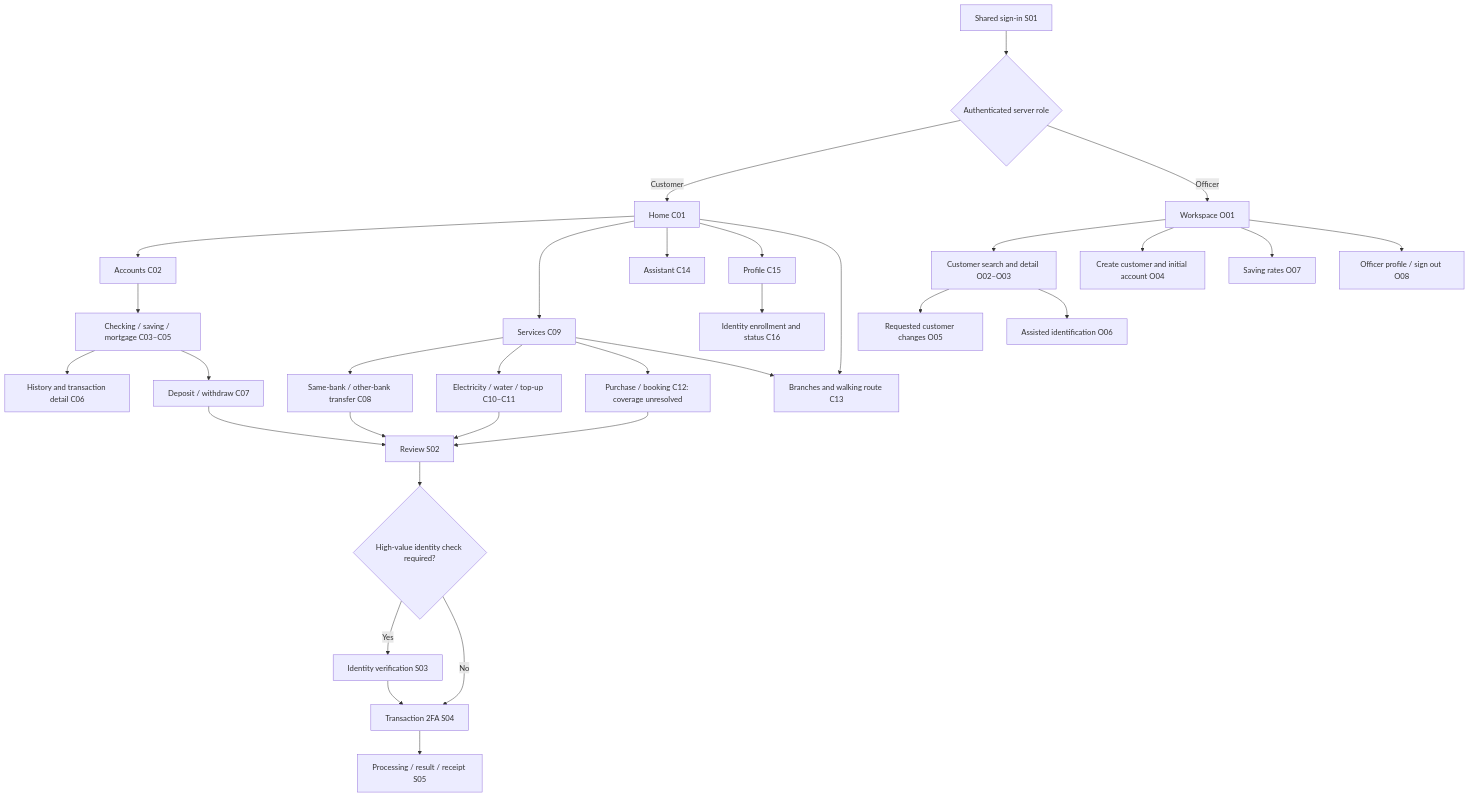
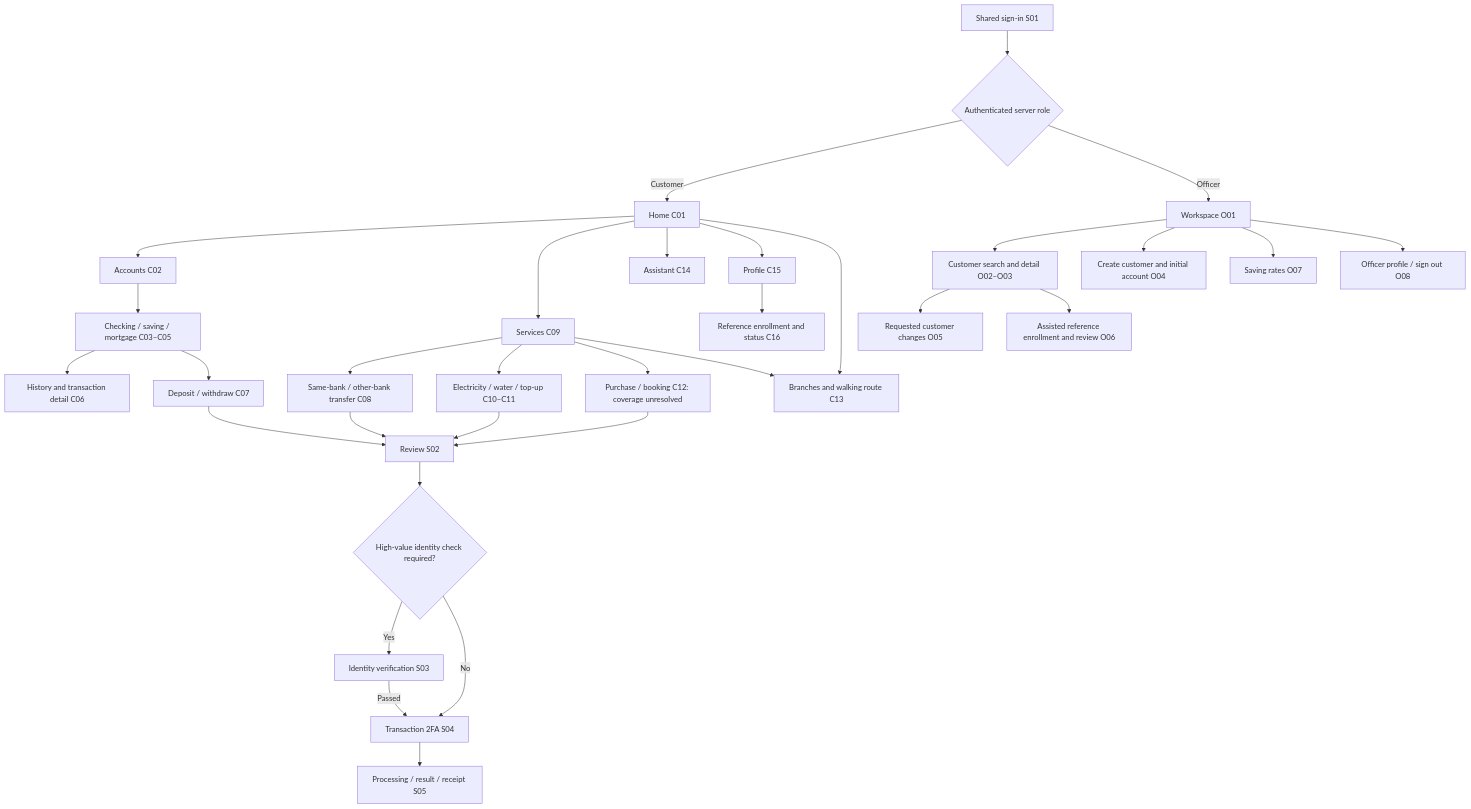
Before and after one commit to tamir39/nene: the diagram in docs/SCREEN_MAP.md, drawn with Mermaid. The commit also changed other lines of this file and 7 other files, not shown here.

Commit message:
docs: simplify identity enrollment and defer provider selection

````diff
--- a/docs/SCREEN_MAP.md
+++ b/docs/SCREEN_MAP.md
@@ -11,34 +11,34 @@
 ```mermaid
 flowchart TD
     Login[Shared sign-in S01] --> Role{Authenticated server role}
     Role -->|Customer| Home[Home C01]
     Role -->|Officer| Work[Workspace O01]
     Home --> Accounts[Accounts C02]
     Home --> Services[Services C09]
     Home --> Chat[Assistant C14]
     Home --> Profile[Profile C15]
     Home --> Branches[Branches and walking route C13]
     Accounts --> Detail[Checking / saving / mortgage C03–C05]
     Detail --> History[History and transaction detail C06]
     Detail --> Move[Deposit / withdraw C07]
     Services --> Transfer[Same-bank / other-bank transfer C08]
     Services --> Bills[Electricity / water / top-up C10–C11]
     Services --> Purchase[Purchase / booking C12: coverage unresolved]
     Services --> Branches
-    Profile --> Identity[Identity enrollment and status C16]
+    Profile --> Identity[Reference enrollment and status C16]
     Move --> Review[Review S02]
     Transfer --> Review
     Bills --> Review
     Purchase --> Review
     Review --> High{High-value identity check required?}
     High -->|Yes| Verify[Identity verification S03]
     High -->|No| Factor[Transaction 2FA S04]
-    Verify --> Factor
+    Verify -->|Passed| Factor
     Factor --> Result[Processing / result / receipt S05]
     Work --> Customers[Customer search and detail O02–O03]
     Work --> Create[Create customer and initial account O04]
     Customers --> Edit[Requested customer changes O05]
-    Customers --> Assist[Assisted identification O06]
+    Customers --> Assist[Assisted reference enrollment and review O06]
     Work --> Rates[Saving rates O07]
     Work --> OfficerProfile[Officer profile / sign out O08]
 ```
````
